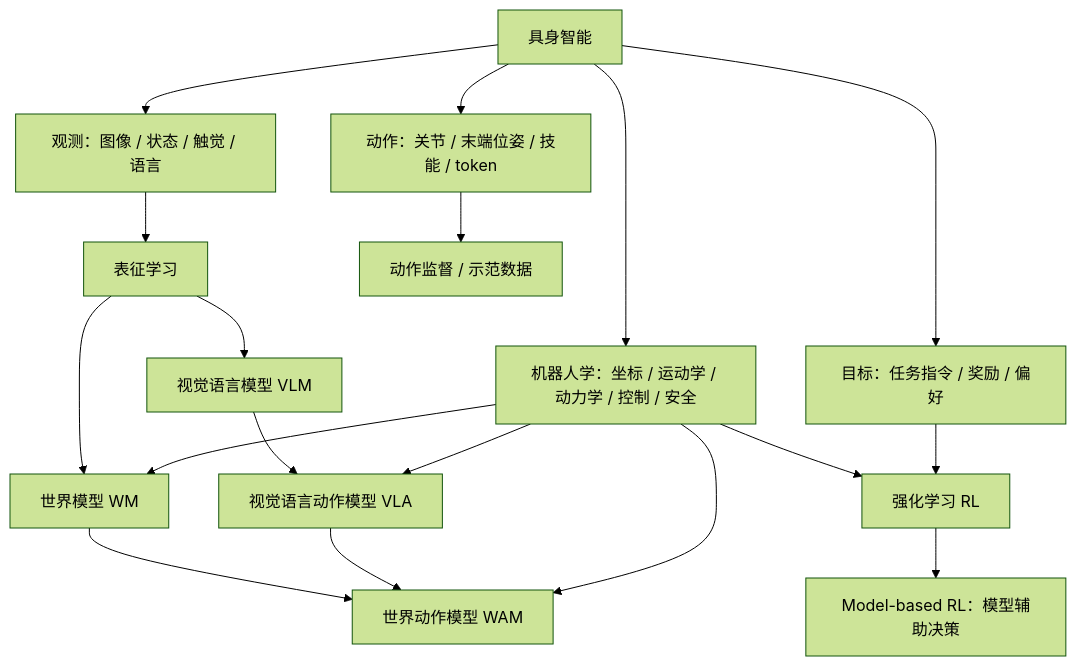
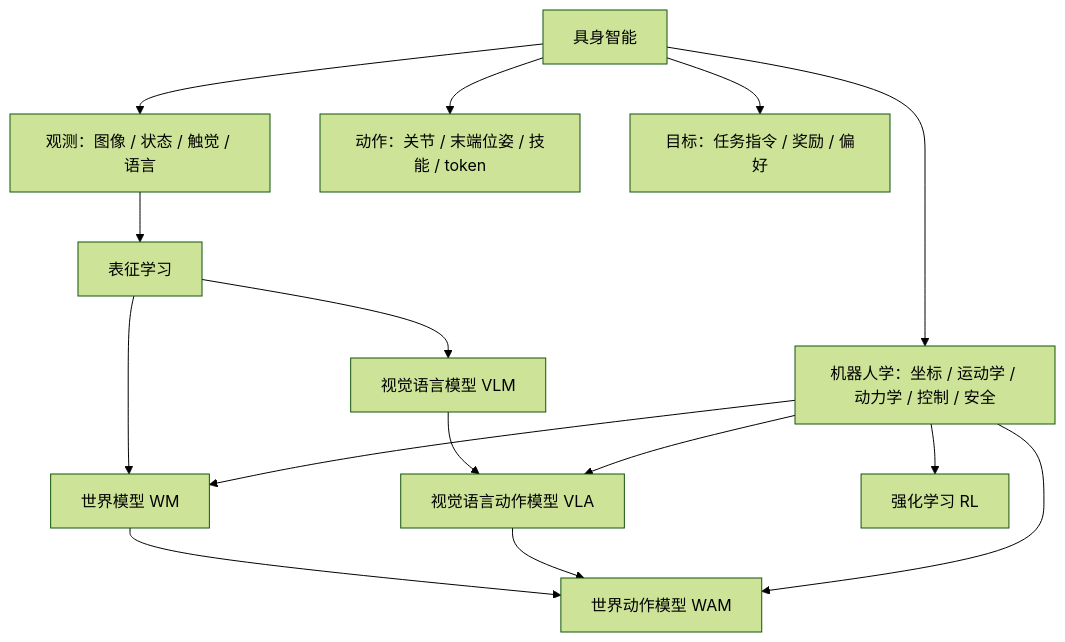
Before and after one commit to Faraday-2024/Embodied-AI-Start: the second of 8 diagrams in docs/knowledge-map.md, drawn with Mermaid (forest theme).

````diff
--- a/docs/knowledge-map.md
+++ b/docs/knowledge-map.md
@@ -27,24 +27,20 @@
 ```mermaid
 flowchart TD
     ROOT["具身智能"] --> OBS["观测：图像 / 状态 / 触觉 / 语言"]
     ROOT --> ROB["机器人学：坐标 / 运动学 / 动力学 / 控制 / 安全"]
     ROOT --> ACT["动作：关节 / 末端位姿 / 技能 / token"]
     ROOT --> OBJ["目标：任务指令 / 奖励 / 偏好"]
 
     OBS --> REP["表征学习"]
     REP --> VLM["视觉语言模型 VLM"]
     REP --> WM["世界模型 WM"]
 
     VLM --> VLA["视觉语言动作模型 VLA"]
     WM --> WAM["世界动作模型 WAM"]
     VLA --> WAM
 
     ROB --> WM
     ROB --> VLA
     ROB --> WAM
     ROB --> RL["强化学习 RL"]
-
-    ACT --> SUP["动作监督 / 示范数据"]
-    OBJ --> RL
-    RL --> MBRL["Model-based RL：模型辅助决策"]
 ```
````
